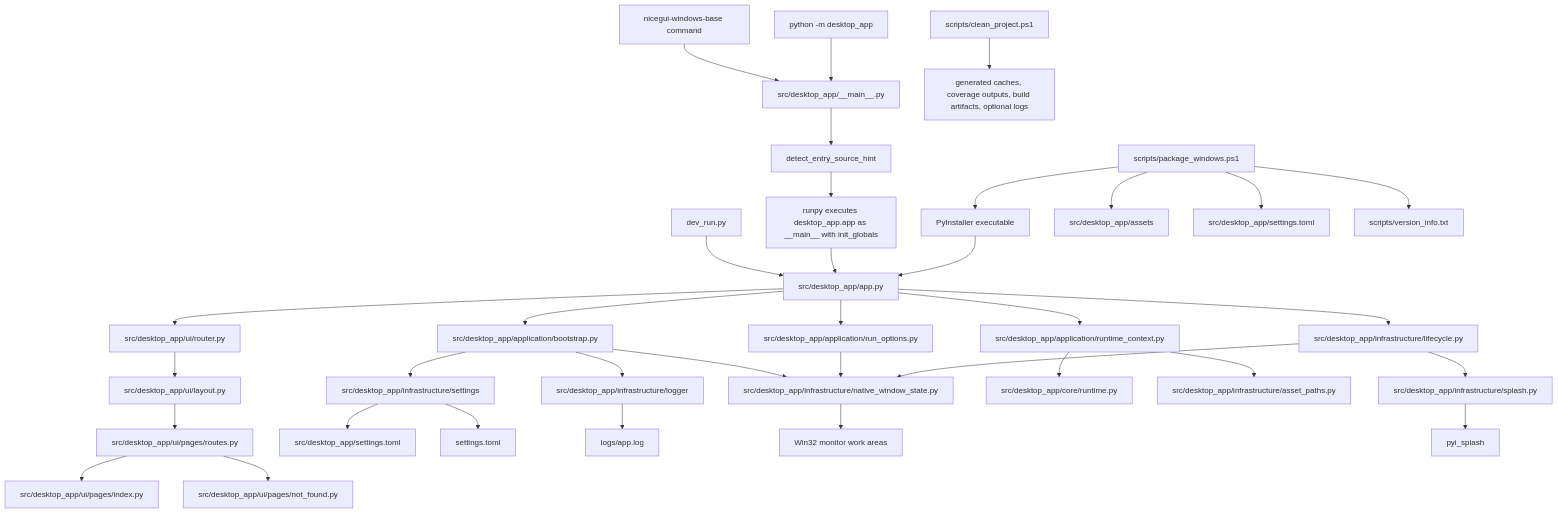
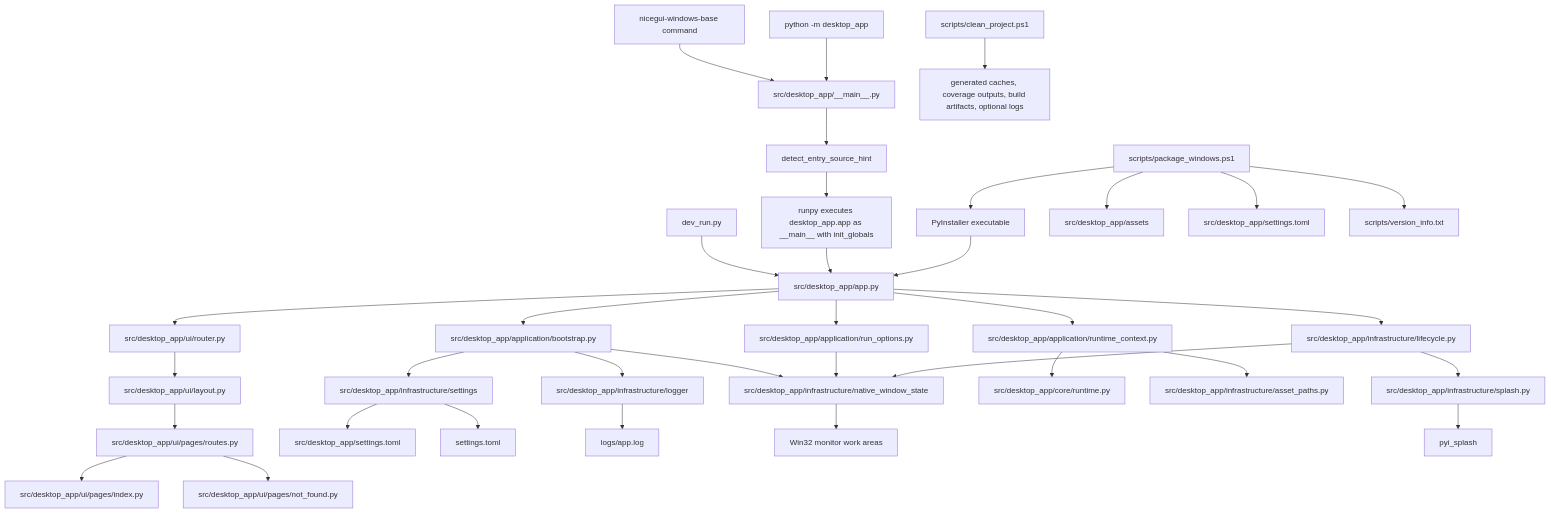
One commit to Fonze81/NiceGui-Windows-Base changed the first of 5 diagrams in docs/architecture.md. Above: the diagram before and after it, drawn with Mermaid. The commit also changed other lines of this file and 24 other files, not shown here.

First line of the commit message:
refactor(native-window): split native window state into a package

````diff
--- a/docs/architecture.md
+++ b/docs/architecture.md
@@ -28,42 +28,42 @@
 ```mermaid
 flowchart TD
     A[dev_run.py] --> B[src/desktop_app/app.py]
     C[nicegui-windows-base command] --> D[src/desktop_app/__main__.py]
     E[python -m desktop_app] --> D
     D --> ESH[detect_entry_source_hint]
     ESH --> AA[runpy executes desktop_app.app as __main__ with init_globals]
     AA --> B
     F[PyInstaller executable] --> B
 
     B --> G[src/desktop_app/application/bootstrap.py]
     B --> H[src/desktop_app/application/runtime_context.py]
     B --> I[src/desktop_app/application/run_options.py]
     B --> J[src/desktop_app/ui/router.py]
     B --> K[src/desktop_app/infrastructure/lifecycle.py]
 
     J --> L[src/desktop_app/ui/layout.py]
     L --> M[src/desktop_app/ui/pages/routes.py]
     M --> N[src/desktop_app/ui/pages/index.py]
     M --> O[src/desktop_app/ui/pages/not_found.py]
 
     G --> P[src/desktop_app/infrastructure/settings]
     G --> Q[src/desktop_app/infrastructure/logger]
-    G --> R[src/desktop_app/infrastructure/native_window_state.py]
+    G --> R[src/desktop_app/infrastructure/native_window_state]
     H --> S[src/desktop_app/core/runtime.py]
     H --> T[src/desktop_app/infrastructure/asset_paths.py]
     I --> R
     K --> U[src/desktop_app/infrastructure/splash.py]
     K --> R
 
     P --> V[src/desktop_app/settings.toml]
     P --> W[settings.toml]
     Q --> X[logs/app.log]
     R --> Y[Win32 monitor work areas]
     U --> Z[pyi_splash]
 
     PKG[scripts/package_windows.ps1] --> F
     PKG --> AB[src/desktop_app/assets]
     PKG --> AC[src/desktop_app/settings.toml]
     PKG --> AD[scripts/version_info.txt]
     CLN[scripts/clean_project.ps1] --> OUT[generated caches, coverage outputs, build artifacts, optional logs]
 ```
````
